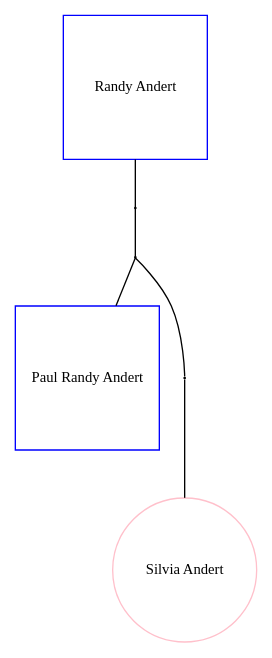
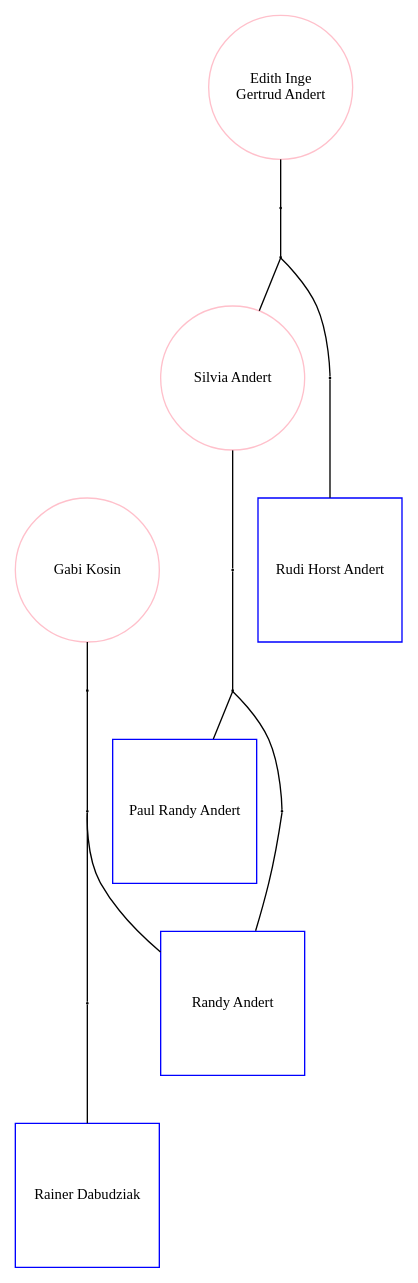
One commit to PaulAndert/Person changed the diagram in person/data.dot. Above: the diagram before and after it, drawn with Graphviz. The commit also changed 5 other files, not shown here.

Commit message:
graph can now go beyond only father and mother, still until now only upwards

```diff
--- a/person/data.dot
+++ b/person/data.dot
@@ -1,15 +1,40 @@
 digraph P {
 edge [dir=forward, arrowhead=none];
 node [fontsize=11, fixedsize=true, height=1.5, width=1.5];
 
 x0y0 [shape=square, color="blue",label="Paul Randy Andert", pos="0,0!"];
 x0y1 [shape=circle,label="",height=0.01,width=0.01, pos="0,1!"];
 
-x_2y2 [shape=square, color="blue",label="Randy Andert", pos="-2,2!"];
+x_2y2 [shape=circle, color="pink",label="Silvia Andert", pos="-2,2!"];
 x_2y1 [shape=circle,label="",height=0.01,width=0.01, pos="-2,1!"];
 
-x2y2 [shape=circle, color="pink",label="Silvia Andert", pos="2,2!"];
+x2y2 [shape=square, color="blue",label="Randy Andert", pos="2,2!"];
 x2y1 [shape=circle,label="",height=0.01,width=0.01, pos="2,1!"];
 
 x_2y2 -> x_2y1 -> x0y1 -> x2y1 -> x2y2 ; x0y1 -> x0y0
+x_2y2 [shape=circle, color="pink",label="Silvia Andert", pos="-2,2!"];
+x_2y3 [shape=circle,label="",height=0.01,width=0.01, pos="-2,3!"];
+
+x_3y4 [shape=circle, color="pink",label="Edith Inge
+Gertrud Andert ", pos="-3,4!"];
+x_3y3 [shape=circle,label="",height=0.01,width=0.01, pos="-3,3!"];
+
+x_1y4 [shape=square, color="blue",label="Rudi Horst Andert", pos="-1,4!"];
+x_1y3 [shape=circle,label="",height=0.01,width=0.01, pos="-1,3!"];
+
+x_3y4 -> x_3y3 -> x_2y3 -> x_1y3 -> x_1y4 ; x_2y3 -> x_2y2
+
+
+x2y2 [shape=square, color="blue",label="Randy Andert", pos="2,2!"];
+x2y3 [shape=circle,label="",height=0.01,width=0.01, pos="2,3!"];
+
+x1y4 [shape=circle, color="pink",label="Gabi Kosin", pos="1,4!"];
+x1y3 [shape=circle,label="",height=0.01,width=0.01, pos="1,3!"];
+
+x3y4 [shape=square, color="blue",label="Rainer Dabudziak", pos="3,4!"];
+x3y3 [shape=circle,label="",height=0.01,width=0.01, pos="3,3!"];
+
+x1y4 -> x1y3 -> x2y3 -> x3y3 -> x3y4 ; x2y3 -> x2y2
+
+
 }
```
